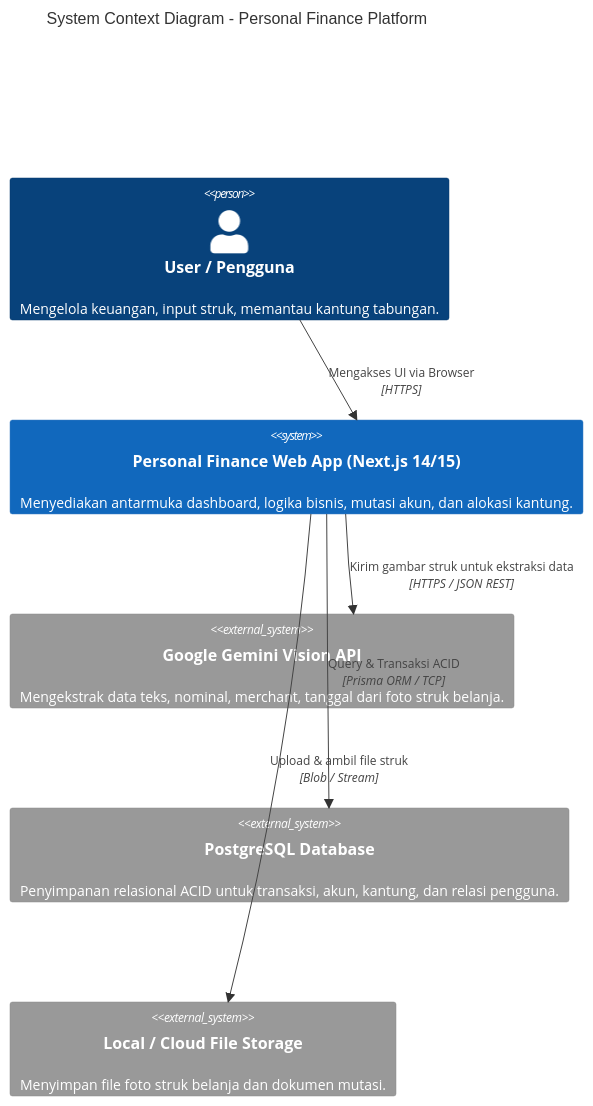
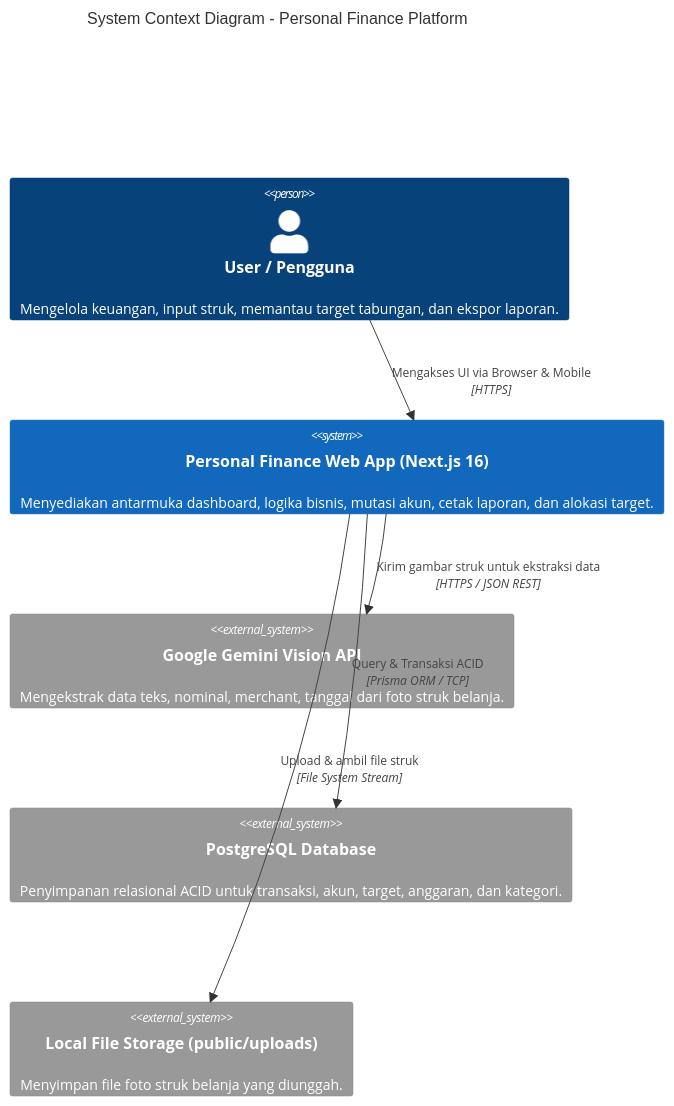
The first of 4 diagrams in docs/ARCHITECTURE.md (Haerulanwar05/finance-tracker), drawn with Mermaid before and after one commit. The commit also changed other lines of this file and 97 other files, not shown here.

````diff
--- a/docs/ARCHITECTURE.md
+++ b/docs/ARCHITECTURE.md
@@ -17,17 +19,17 @@
 ```mermaid
 C4Context
     title System Context Diagram - Personal Finance Platform
 
-    Person(user, "User / Pengguna", "Mengelola keuangan, input struk, memantau kantung tabungan.")
+    Person(user, "User / Pengguna", "Mengelola keuangan, input struk, memantau target tabungan, dan ekspor laporan.")
     
-    System(app, "Personal Finance Web App (Next.js 14/15)", "Menyediakan antarmuka dashboard, logika bisnis, mutasi akun, dan alokasi kantung.")
+    System(app, "Personal Finance Web App (Next.js 16)", "Menyediakan antarmuka dashboard, logika bisnis, mutasi akun, cetak laporan, dan alokasi target.")
     
     System_Ext(geminiOcr, "Google Gemini Vision API", "Mengekstrak data teks, nominal, merchant, tanggal dari foto struk belanja.")
-    System_Ext(db, "PostgreSQL Database", "Penyimpanan relasional ACID untuk transaksi, akun, kantung, dan relasi pengguna.")
-    System_Ext(storage, "Local / Cloud File Storage", "Menyimpan file foto struk belanja dan dokumen mutasi.")
+    System_Ext(db, "PostgreSQL Database", "Penyimpanan relasional ACID untuk transaksi, akun, target, anggaran, dan kategori.")
+    System_Ext(storage, "Local File Storage (public/uploads)", "Menyimpan file foto struk belanja yang diunggah.")
 
-    Rel(user, app, "Mengakses UI via Browser", "HTTPS")
+    Rel(user, app, "Mengakses UI via Browser & Mobile", "HTTPS")
     Rel(app, db, "Query & Transaksi ACID", "Prisma ORM / TCP")
     Rel(app, geminiOcr, "Kirim gambar struk untuk ekstraksi data", "HTTPS / JSON REST")
-    Rel(app, storage, "Upload & ambil file struk", "Blob / Stream")
+    Rel(app, storage, "Upload & ambil file struk", "File System Stream")
 ```
````
